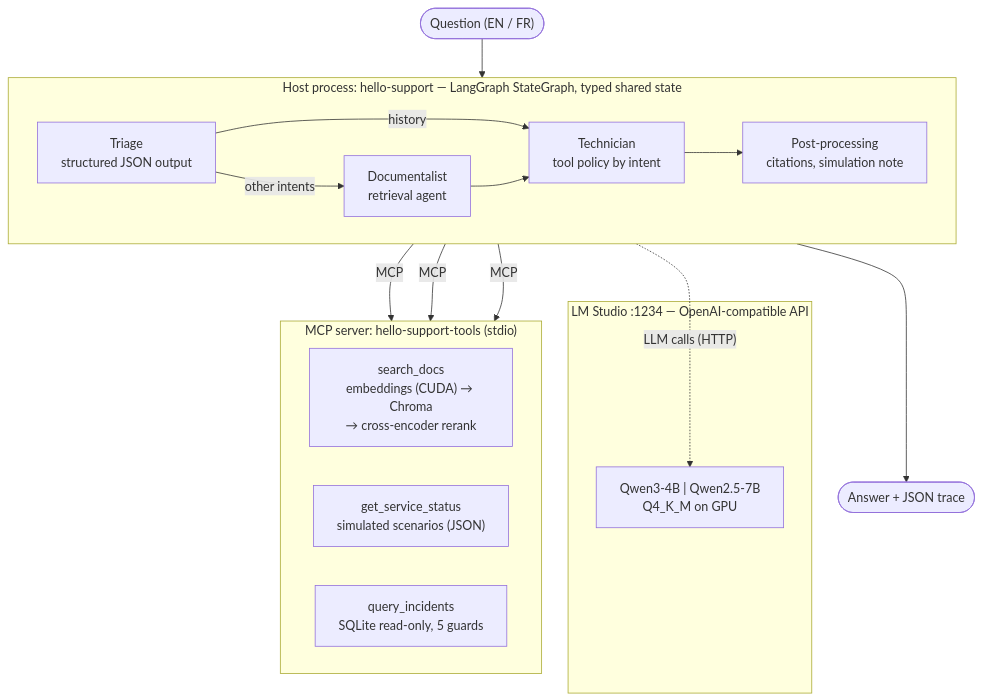
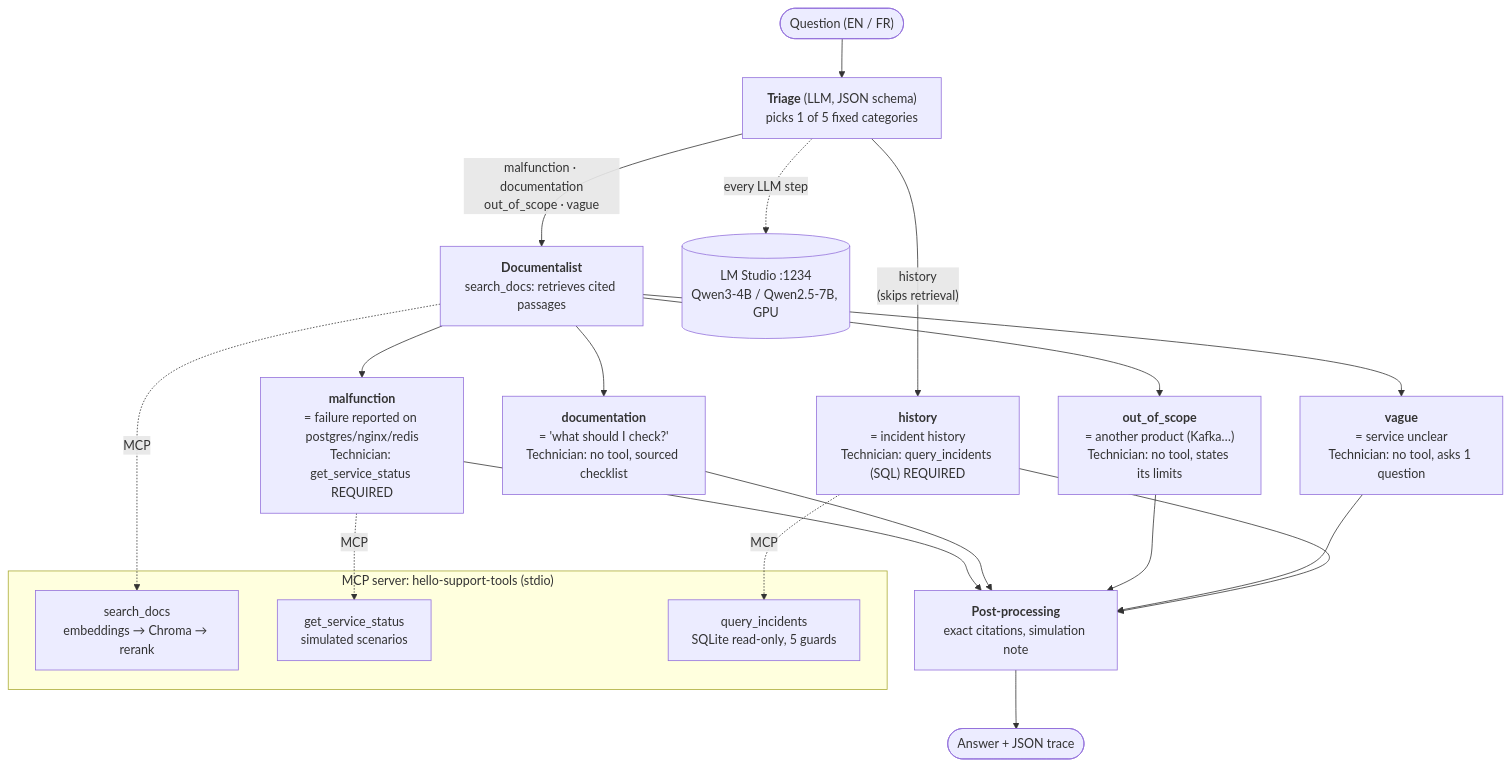
The diagram in README.md (StephaneHe/HelloSupport), drawn with Mermaid before and after one commit. The commit also changed other lines of this file and 6 other files, not shown here.

First line of the commit message:
Show the five fixed triage categories in the architecture diagrams (v1.9.2)

````diff
--- a/README.md
+++ b/README.md
@@ -33,30 +33,27 @@
 ```mermaid
 flowchart TB
-    Q(["Question (EN / FR)"]) --> T
+    Q(["Question (EN / FR)"]) --> T["<b>Triage</b> (LLM, JSON schema)<br/>picks 1 of 5 fixed categories"]
+    T -->|"malfunction · documentation<br/>out_of_scope · vague"| D["<b>Documentalist</b><br/>search_docs: retrieves cited passages"]
+    T -->|"history<br/>(skips retrieval)"| H
 
-    subgraph HOST["Host process: hello-support — LangGraph StateGraph, typed shared state"]
-        direction LR
-        T["Triage<br/>structured JSON output"] -->|"other intents"| D["Documentalist<br/>retrieval agent"]
-        T -->|"history"| TE
-        D --> TE["Technician<br/>tool policy by intent"]
-        TE --> P["Post-processing<br/>citations, simulation note"]
-    end
+    D --> M["<b>malfunction</b><br/>= failure reported on postgres/nginx/redis<br/>Technician: get_service_status REQUIRED"]
+    D --> DO["<b>documentation</b><br/>= 'what should I check?'<br/>Technician: no tool, sourced checklist"]
+    D --> O["<b>out_of_scope</b><br/>= another product (Kafka…)<br/>Technician: no tool, states its limits"]
+    D --> V["<b>vague</b><br/>= service unclear<br/>Technician: no tool, asks 1 question"]
+    H["<b>history</b><br/>= incident history<br/>Technician: query_incidents (SQL) REQUIRED"]
 
+    M & DO & O & V & H --> P["<b>Post-processing</b><br/>exact citations, simulation note"]
     P --> A(["Answer + JSON trace"])
-    HOST -. "LLM calls (HTTP)" .-> M
-
-    subgraph SERVING["LM Studio :1234 — OpenAI-compatible API"]
-        M["Qwen3-4B | Qwen2.5-7B<br/>Q4_K_M on GPU"]
-    end
 
     subgraph TOOLS["MCP server: hello-support-tools (stdio)"]
-        direction LR
-        S1["search_docs<br/>embeddings (CUDA) → Chroma<br/>→ cross-encoder rerank"]
-        S2["get_service_status<br/>simulated scenarios (JSON)"]
+        S1["search_docs<br/>embeddings → Chroma → rerank"]
+        S2["get_service_status<br/>simulated scenarios"]
         S3["query_incidents<br/>SQLite read-only, 5 guards"]
     end
+    D -. "MCP" .-> S1
+    M -. "MCP" .-> S2
+    H -. "MCP" .-> S3
 
-    D -- "MCP" --> S1
-    TE -- "MCP" --> S2
-    TE -- "MCP" --> S3
+    LLM[("LM Studio :1234<br/>Qwen3-4B / Qwen2.5-7B, GPU")]
+    T -. "every LLM step" .-> LLM
 ```
````
